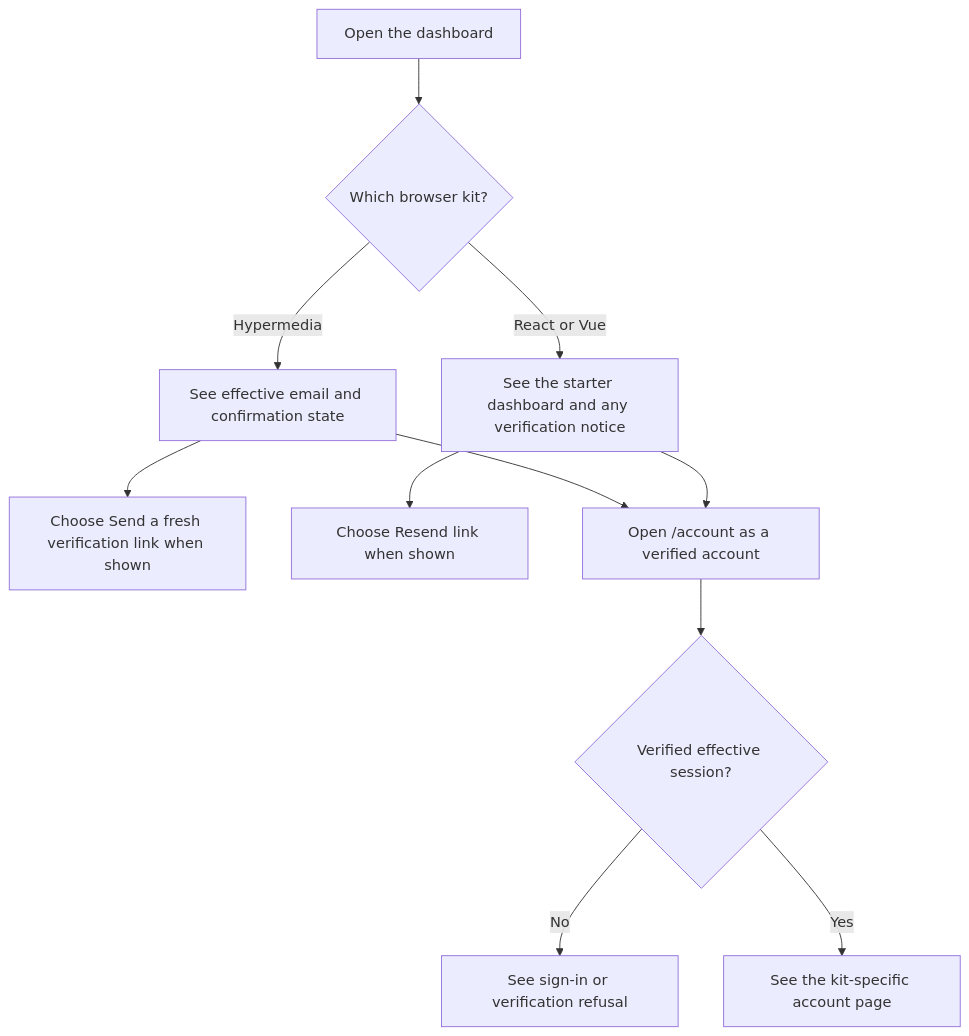
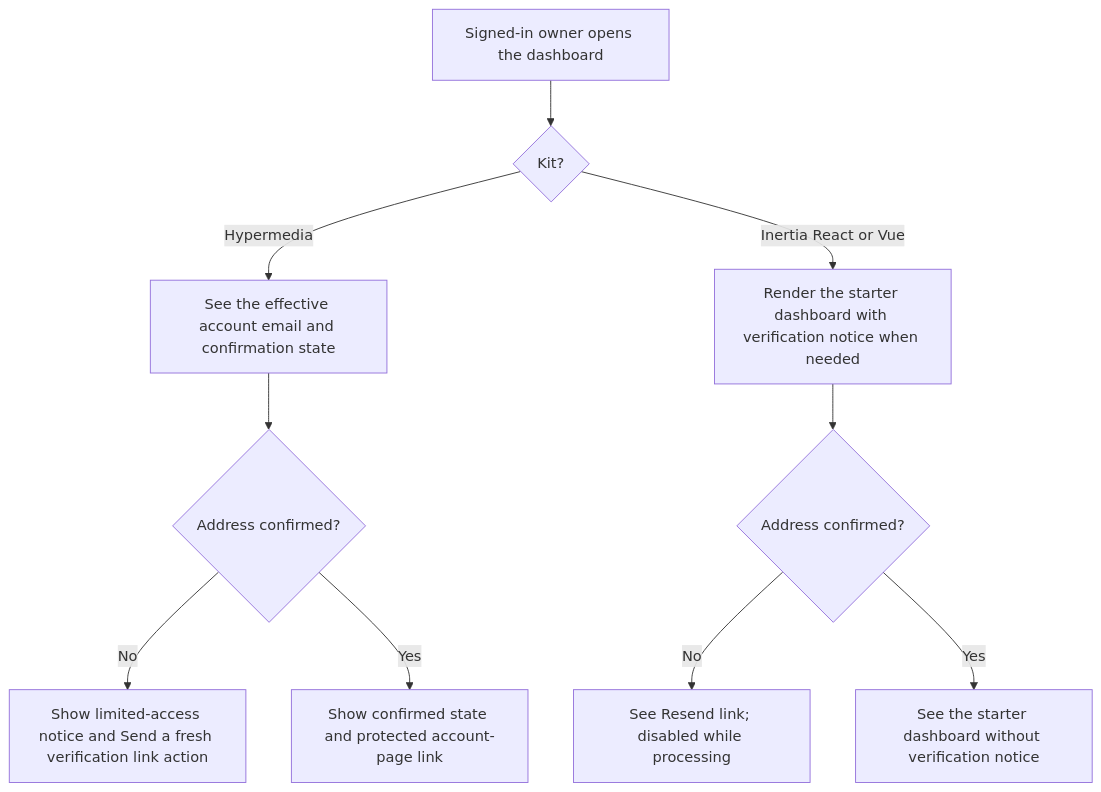
The first of 2 diagrams in user-stories/accounts/us-account-12-open-account-dashboard.md (Kevinjohn/oss-adonisjs-starter-examples), drawn with Mermaid before and after one commit. The commit also changed other lines of this file and 22 other files, not shown here.

Commit message:
docs: reconcile browser recovery and protected journeys

````diff
--- a/user-stories/accounts/us-account-12-open-account-dashboard.md
+++ b/user-stories/accounts/us-account-12-open-account-dashboard.md
@@ -22,13 +22,12 @@
 ```mermaid
 flowchart TD
-    A["Open the dashboard"] --> B{"Which browser kit?"}
-    B -->|Hypermedia| C["See effective email and confirmation state"]
-    B -->|React or Vue| D["See the starter dashboard and any verification notice"]
-    C --> E["Choose Send a fresh verification link when shown"]
-    D --> F["Choose Resend link when shown"]
-    C --> G["Open /account as a verified account"]
-    D --> G
-    G --> H{"Verified effective session?"}
-    H -->|No| I["See sign-in or verification refusal"]
-    H -->|Yes| J["See the kit-specific account page"]
+    A["Signed-in owner opens the dashboard"] --> B{"Kit?"}
+    B -->|Hypermedia| C["See the effective account email and confirmation state"]
+    B -->|Inertia React or Vue| D["Render the starter dashboard with verification notice when needed"]
+    D --> H{"Address confirmed?"}
+    H -->|No| I["See Resend link; disabled while processing"]
+    H -->|Yes| J["See the starter dashboard without verification notice"]
+    C --> E{"Address confirmed?"}
+    E -->|No| F["Show limited-access notice and Send a fresh verification link action"]
+    E -->|Yes| G["Show confirmed state and protected account-page link"]
 ```
````
